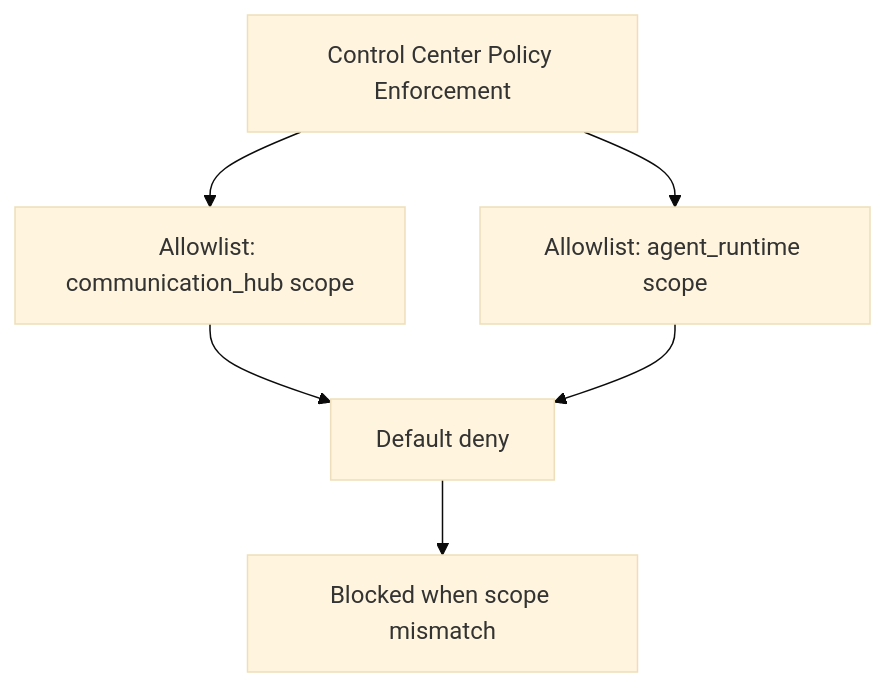
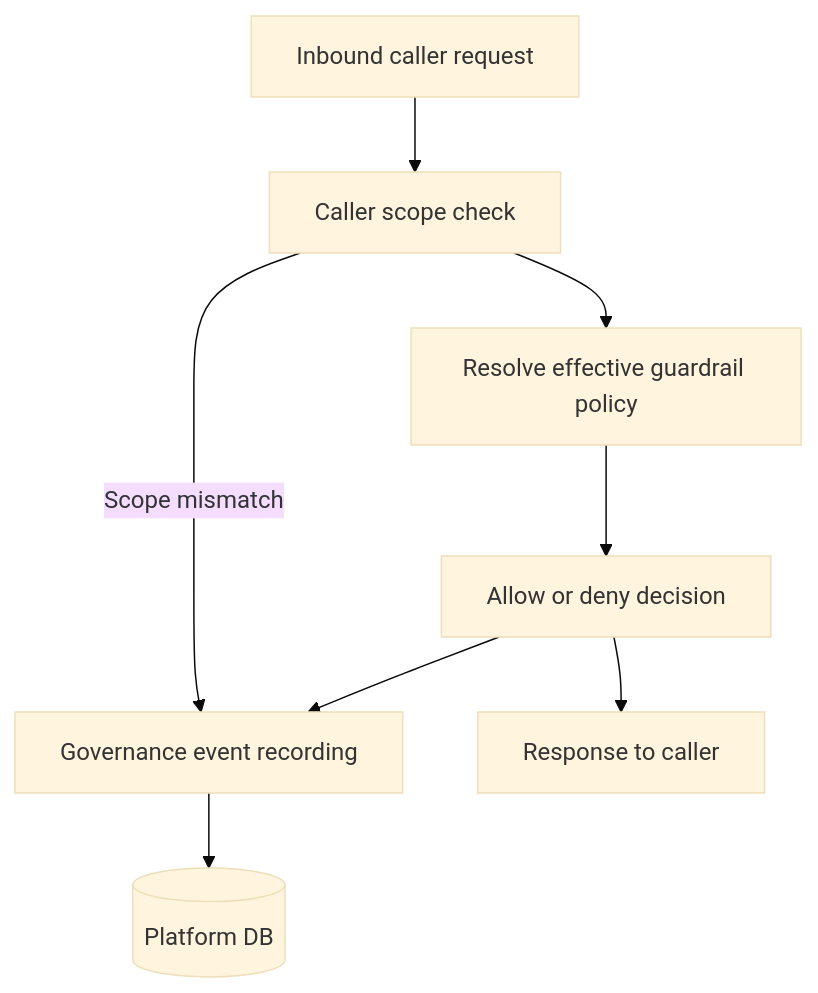
The second of 2 diagrams in docs/master/architecture/modules/control-center/architecture.md (hurungang/parthenon), drawn with Mermaid (base theme) before and after one commit. The commit also changed other lines of this file and 141 other files, not shown here.

````diff
--- a/docs/master/architecture/modules/control-center/architecture.md
+++ b/docs/master/architecture/modules/control-center/architecture.md
@@ -22,14 +25,18 @@
 ```mermaid
 flowchart TB
-    PEP2[Control Center Policy Enforcement]
-    CHA[Allowlist: communication_hub scope]
-    ARA[Allowlist: agent_runtime scope]
-    DENY[Default deny]
-    B1[Blocked when scope mismatch]
+    CALL[Inbound caller request]
+    AUTH[Caller scope check]
+    POLICY[Resolve effective guardrail policy]
+    DECIDE[Allow or deny decision]
+    LOG[Governance event recording]
+    REPLY[Response to caller]
+    DB[(Platform DB)]
 
-    PEP2 --> CHA
-    PEP2 --> ARA
-    CHA --> DENY
-    ARA --> DENY
-    DENY --> B1
+    CALL --> AUTH
+    AUTH --> POLICY
+    POLICY --> DECIDE
+    DECIDE --> LOG
+    LOG --> DB
+    DECIDE --> REPLY
+    AUTH -->|Scope mismatch| LOG
 ```
````
